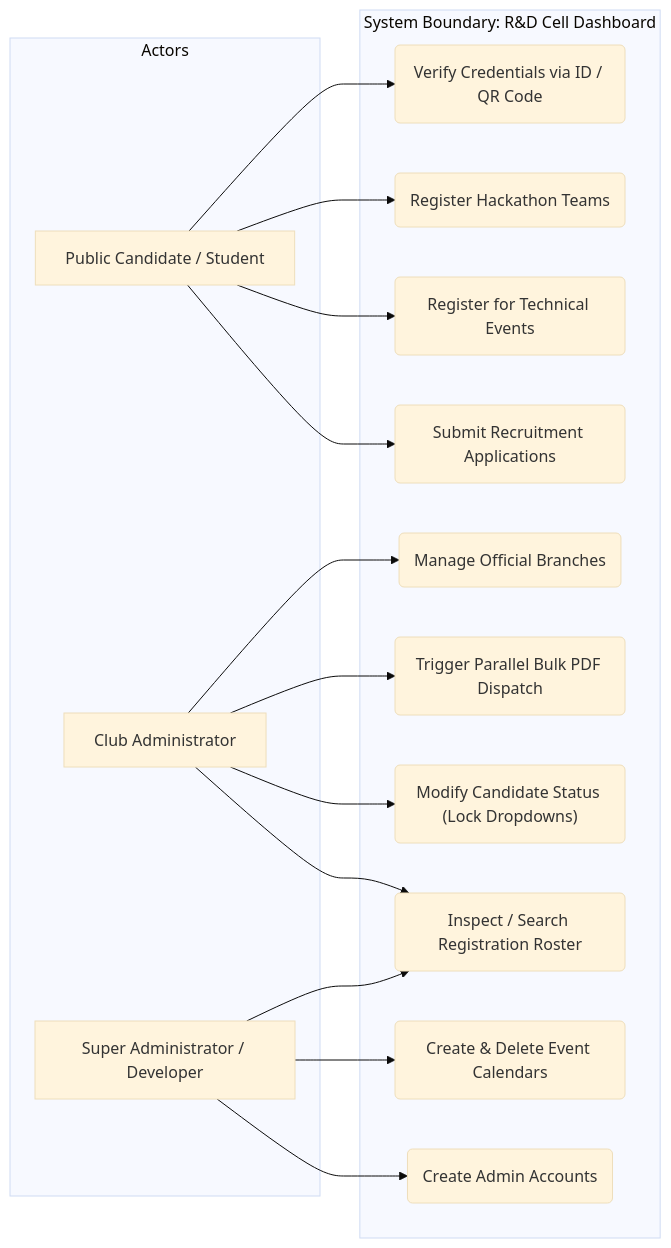
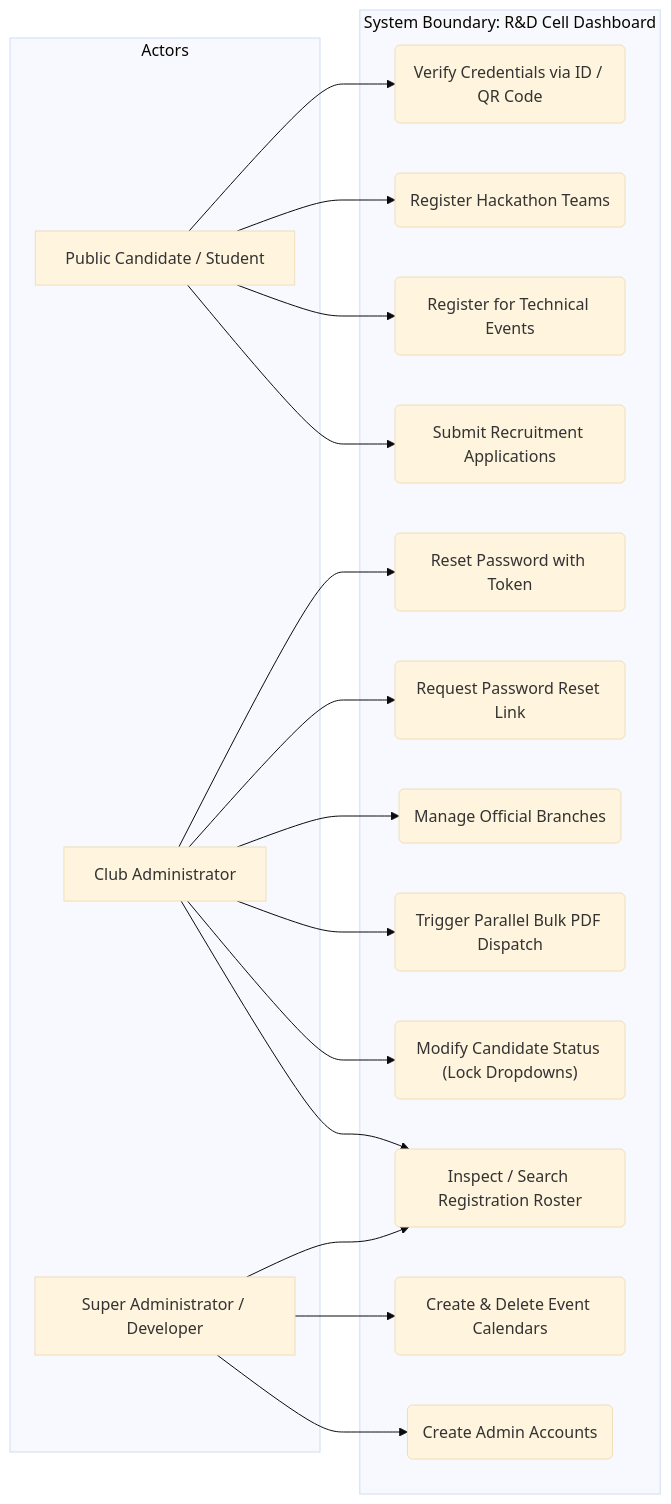
One commit to saicharan-bhuthkuri/rd changed the sixth of 25 diagrams in README.md. Above: the diagram before and after it, drawn with Mermaid (base theme). The commit also changed other lines of this file, not shown here.

Commit message:
docs: update system diagrams and add Figure 21 Security flowchart

````diff
--- a/README.md
+++ b/README.md
@@ -523,37 +543,41 @@
 ```mermaid
 graph LR
     subgraph Actors
         U["Public Candidate / Student"]
         A["Club Administrator"]
         SA["Super Administrator / Developer"]
     end
 
     subgraph "System Boundary: R&D Cell Dashboard"
         UC1("Submit Recruitment Applications")
         UC2("Register for Technical Events")
         UC3("Register Hackathon Teams")
         UC4("Verify Credentials via ID / QR Code")
         
         UC5("Inspect / Search Registration Roster")
         UC6("Modify Candidate Status (Lock Dropdowns)")
         UC7("Trigger Parallel Bulk PDF Dispatch")
         UC8("Manage Official Branches")
         
         UC9("Create Admin Accounts")
         UC10("Create & Delete Event Calendars")
+        UC11("Request Password Reset Link")
+        UC12("Reset Password with Token")
     end
 
     U --> UC1
     U --> UC2
     U --> UC3
     U --> UC4
 
     A --> UC5
     A --> UC6
     A --> UC7
     A --> UC8
+    A --> UC11
+    A --> UC12
 
     SA --> UC9
     SA --> UC10
     SA --> UC5
 ```
````
